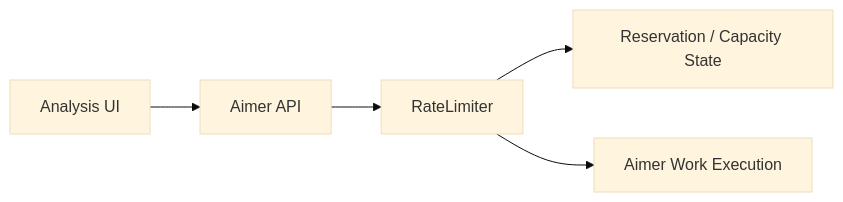
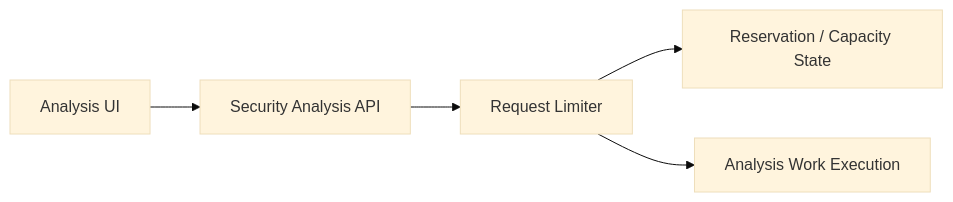
Before and after one commit to zmrdltl/portfolio: the first of 4 diagrams in docs/experience/cluml.en.md, drawn with Mermaid (base theme). The commit also changed other lines of this file and 1 other file, not shown here.

````diff
--- a/docs/experience/cluml.en.md
+++ b/docs/experience/cluml.en.md
@@ -20,13 +20,13 @@
 ```mermaid
 flowchart LR
   ui["Analysis UI"]
-  api["Aimer API"]
-  limiter["RateLimiter"]
+  api["Security Analysis API"]
+  limiter["Request Limiter"]
   bucket["Reservation / Capacity State"]
-  worker["Aimer Work Execution"]
+  worker["Analysis Work Execution"]
 
   ui --> api
   api --> limiter
   limiter --> bucket
   limiter --> worker
 ```
````
